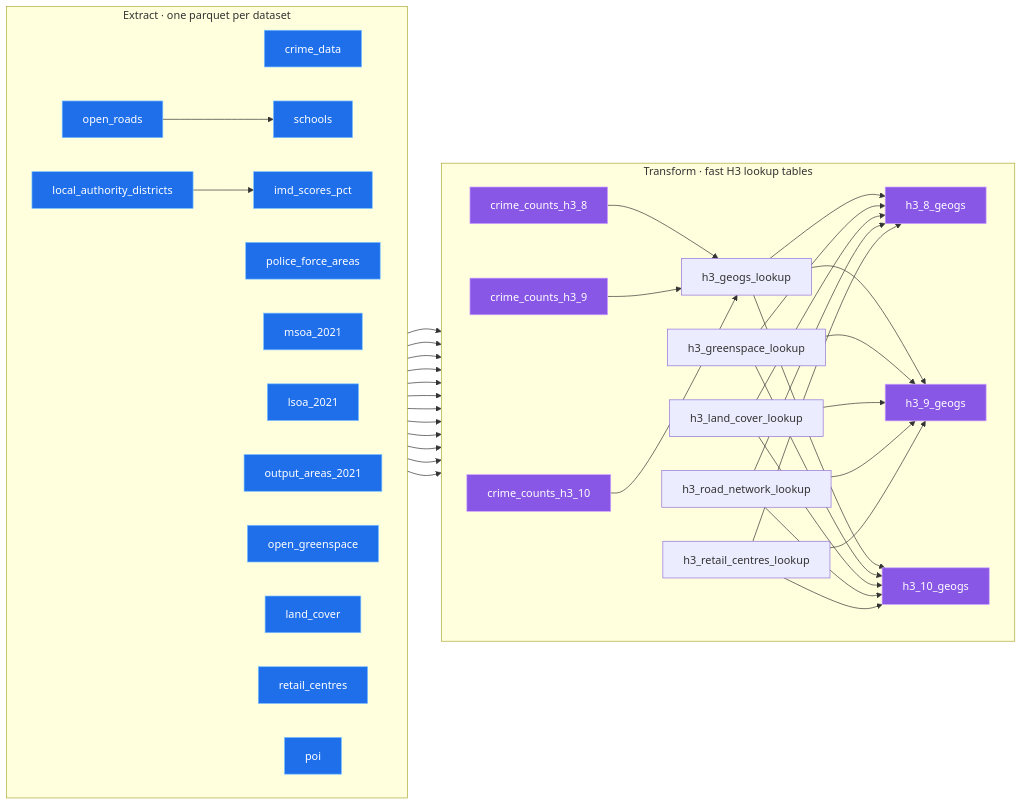
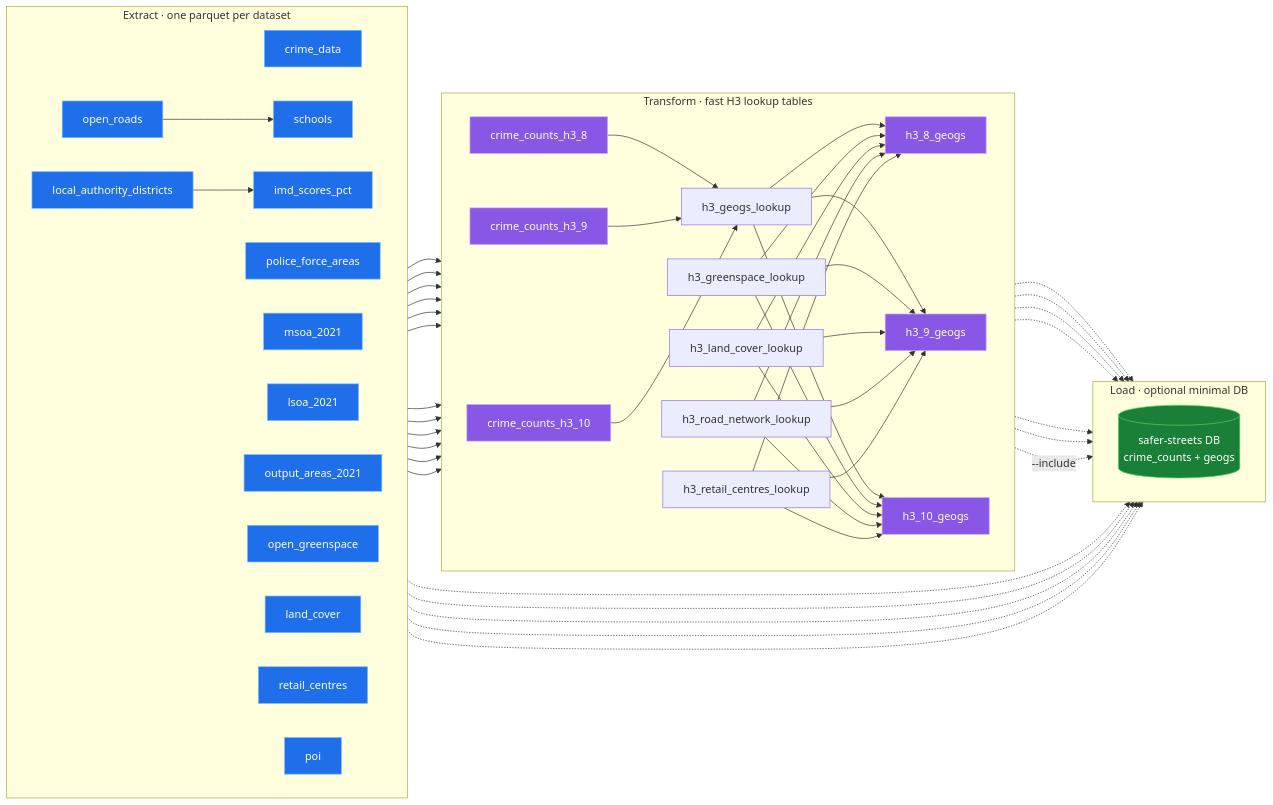
Before and after one commit to safer-streets/safer-streets-tooling: the diagram in README.md, drawn with Mermaid. The commit also changed other lines of this file and 5 other files, not shown here.

Commit message:
add load step, cell areas,

````diff
--- a/README.md
+++ b/README.md
@@ -70,6 +75,11 @@
         h3_8_geogs
         h3_9_geogs
         h3_10_geogs
+    end
+
+    subgraph LOAD["Load · optional minimal DB"]
+        direction LR
+        database[("safer-streets DB<br/>crime_counts + geogs")]
     end
 
     %% extract edges
@@ -108,9 +118,25 @@
     h3_road_network_lookup --> h3_10_geogs
     h3_retail_centres_lookup --> h3_10_geogs
 
+    %% load edges (optional): minimal DB = crime counts + geogs + ONS boundary tables; --include adds more
+    crime_counts_h3_8 -.-> database
+    crime_counts_h3_9 -.-> database
+    crime_counts_h3_10 -.-> database
+    h3_8_geogs -.-> database
+    h3_9_geogs -.-> database
+    h3_10_geogs -.-> database
+    police_force_areas -.-> database
+    local_authority_districts -.-> database
+    msoa_2021 -.-> database
+    lsoa_2021 -.-> database
+    output_areas_2021 -.-> database
+    h3_geogs_lookup -. "--include" .-> database
+
     %% colour by phase, tuned for dark backgrounds (white text on saturated fills, light strokes)
     classDef extract fill:#1f6feb,stroke:#79c0ff,stroke-width:1px,color:#ffffff;
     classDef transform fill:#8957e5,stroke:#d2a8ff,stroke-width:1px,color:#ffffff;
+    classDef load fill:#1a7f37,stroke:#56d364,stroke-width:1px,color:#ffffff;
     class crime_data,police_force_areas,local_authority_districts,msoa_2021,lsoa_2021,output_areas_2021,open_greenspace,land_cover,retail_centres,open_roads,poi,schools,imd_scores_pct extract;
     class crime_counts_h3_8,crime_counts_h3_9,crime_counts_h3_10,h3_8_geogs,h3_9_geogs,h3_10_geogs transform;
+    class database load;
 ```
````
